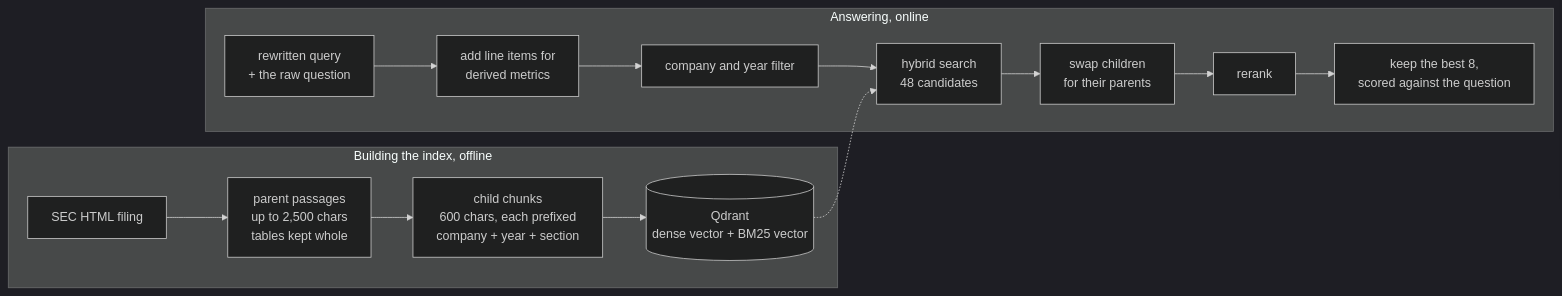
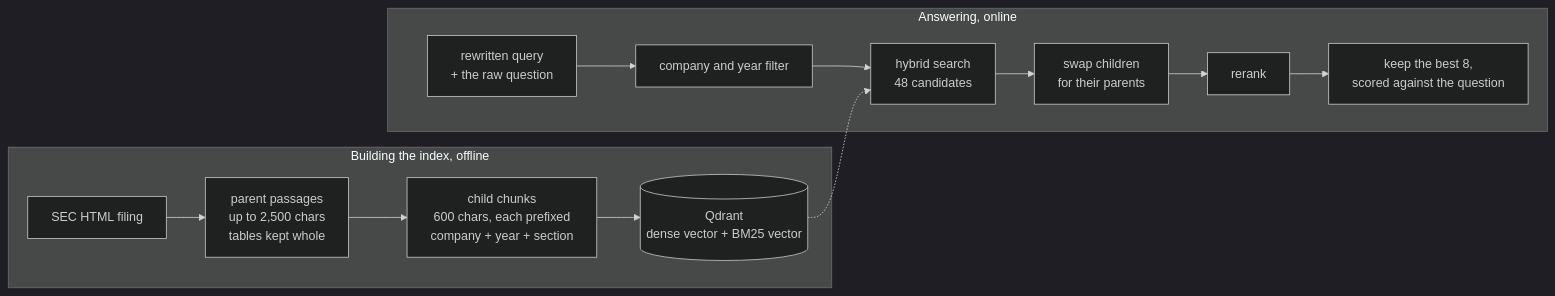
Before and after one commit to sarthakg004/Bharat-Fin-Agent: the second of 2 diagrams in README.md, drawn with Mermaid (dark theme). The commit also changed other lines of this file and 8 other files, not shown here.

First line of the commit message:
refactor(retrieval): drop derived-metric query expansion

````diff
--- a/README.md
+++ b/README.md
@@ -104,17 +104,16 @@
 ```mermaid
 flowchart LR
     subgraph index [Building the index, offline]
         H[SEC HTML filing] --> PA[parent passages<br/>up to 2,500 chars<br/>tables kept whole]
         PA --> CH[child chunks<br/>600 chars, each prefixed<br/>company + year + section]
         CH --> V[(Qdrant<br/>dense vector + BM25 vector)]
     end
     subgraph search [Answering, online]
-        Q2[rewritten query<br/>+ the raw question] --> EX[add line items for<br/>derived metrics]
-        EX --> FI[company and year filter]
+        Q2[rewritten query<br/>+ the raw question] --> FI[company and year filter]
         FI --> HY[hybrid search<br/>48 candidates]
         HY --> PR[swap children<br/>for their parents]
         PR --> RR[rerank]
         RR --> CAP[keep the best 8,<br/>scored against the question]
     end
     V -.-> HY
 ```
````
